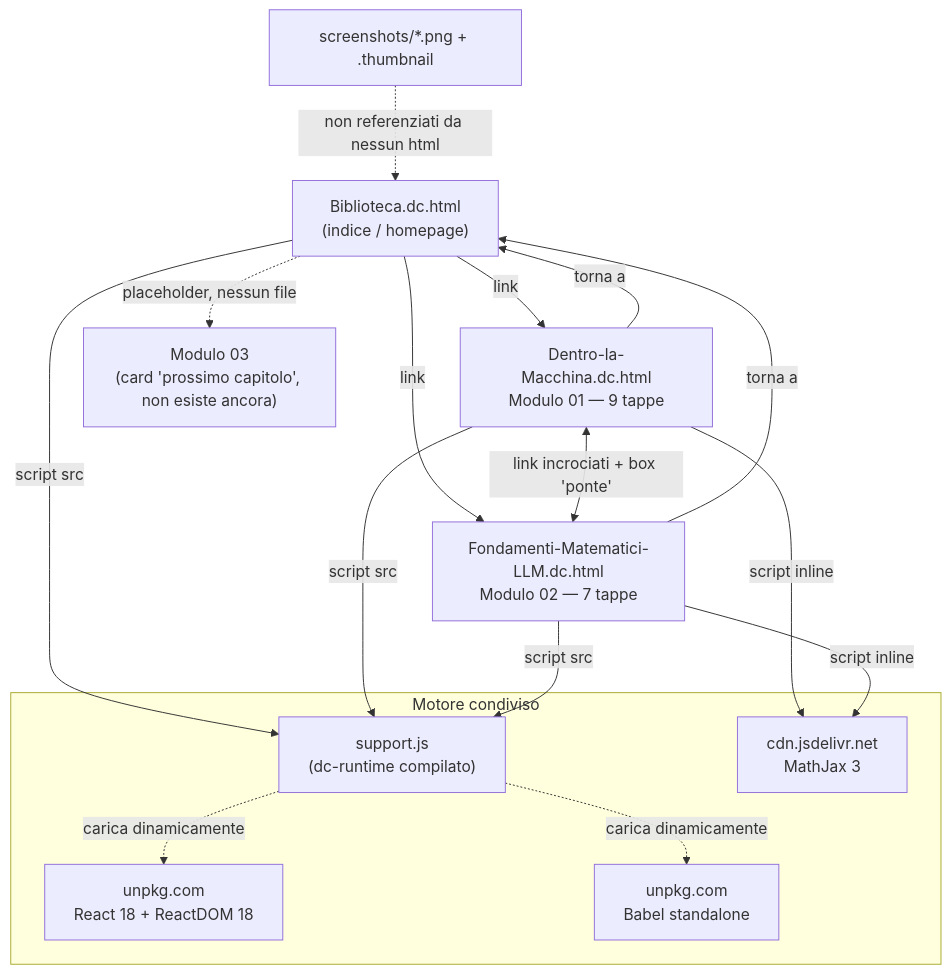
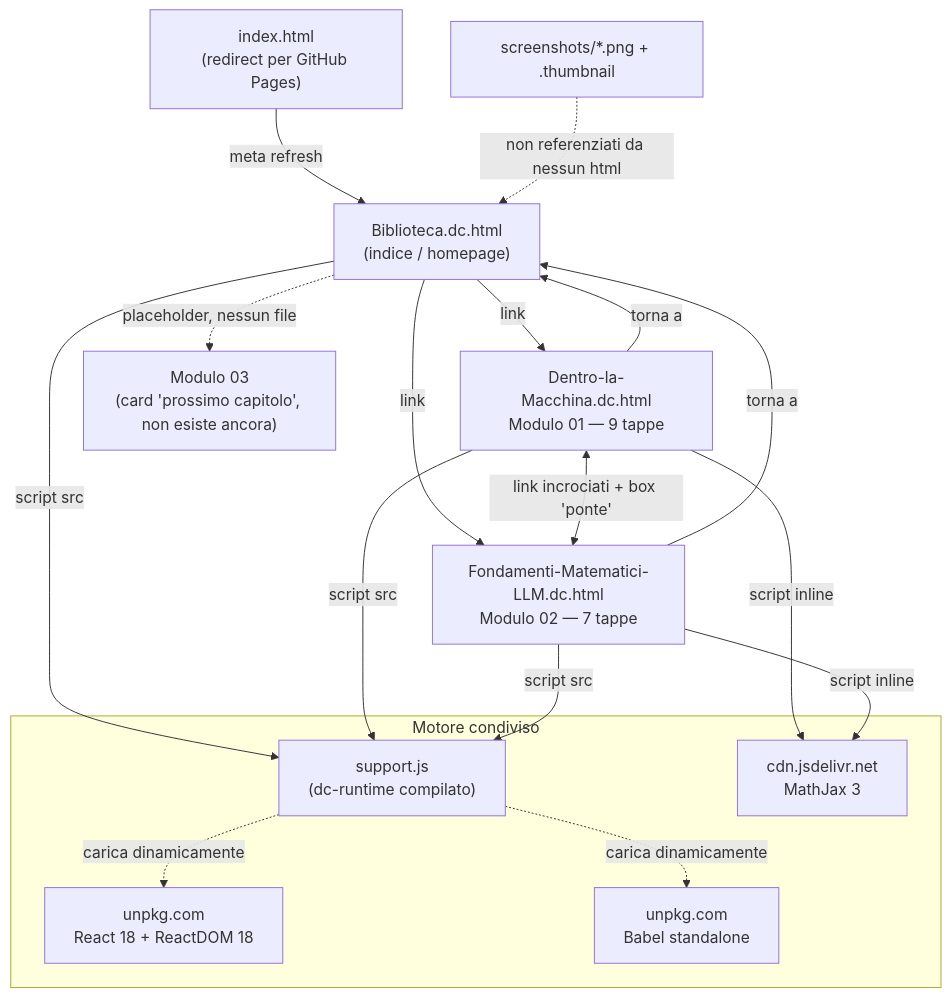
One commit to TizianoCarpentieri/ProgettoSTUDIO changed the diagram in OVERVIEW.md. Above: the diagram before and after it, drawn with Mermaid. The commit also changed other lines of this file, not shown here.

First line of the commit message:
Documenta in OVERVIEW la pubblicazione su GitHub

````diff
--- a/OVERVIEW.md
+++ b/OVERVIEW.md
@@ -11,32 +11,34 @@
 ```mermaid
 graph TD
     subgraph Runtime["Motore condiviso"]
         SJS["support.js<br/>(dc-runtime compilato)"]
         CDN1["unpkg.com<br/>React 18 + ReactDOM 18"]
         CDN2["unpkg.com<br/>Babel standalone"]
         CDN3["cdn.jsdelivr.net<br/>MathJax 3"]
     end
 
+    IDX["index.html<br/>(redirect per GitHub Pages)"]
     BIB["Biblioteca.dc.html<br/>(indice / homepage)"]
     M1["Dentro-la-Macchina.dc.html<br/>Modulo 01 — 9 tappe"]
     M2["Fondamenti-Matematici-LLM.dc.html<br/>Modulo 02 — 7 tappe"]
     M3["Modulo 03<br/>(card 'prossimo capitolo', non esiste ancora)"]
 
+    IDX -->|meta refresh| BIB
     BIB -->|link| M1
     BIB -->|link| M2
     BIB -.->|placeholder, nessun file| M3
     M1 <-->|link incrociati + box 'ponte'| M2
     M1 -->|torna a| BIB
     M2 -->|torna a| BIB
 
     SJS -.carica dinamicamente.-> CDN1
     SJS -.carica dinamicamente.-> CDN2
     BIB --script src--> SJS
     M1 --script src--> SJS
     M2 --script src--> SJS
     M1 --script inline--> CDN3
     M2 --script inline--> CDN3
 
     SS["screenshots/*.png + .thumbnail"]
     SS -.non referenziati da nessun html.-> BIB
 ```
````
